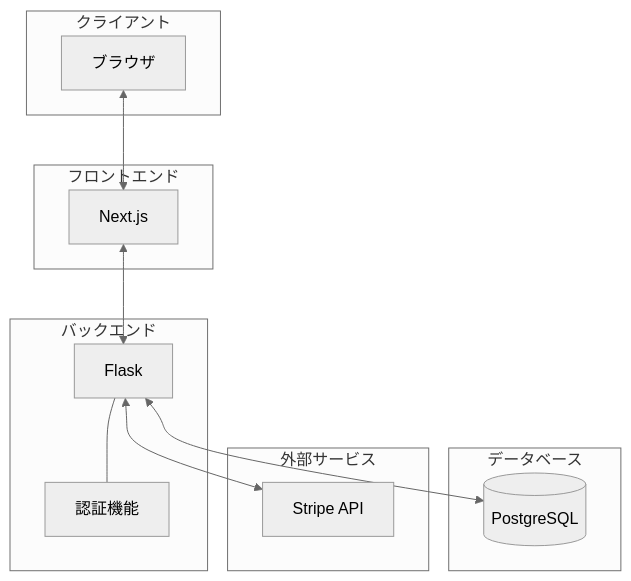
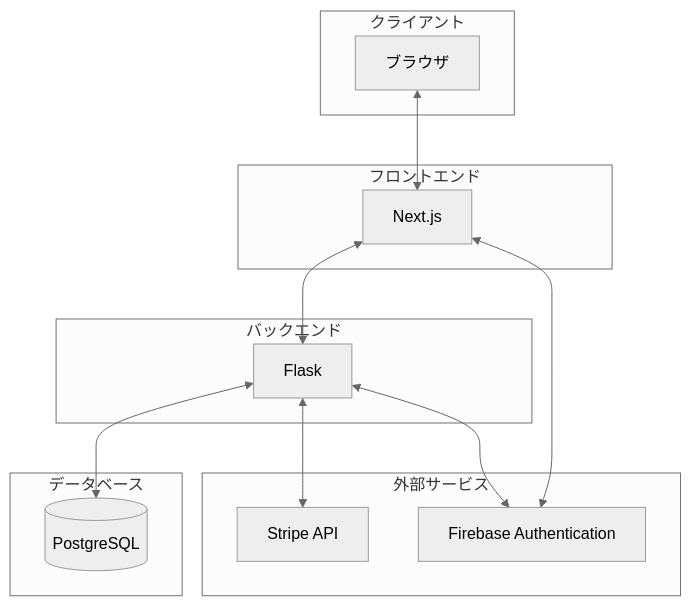
One commit to Yuka-Matsumoto/NENRIN changed the diagram in doc/アーキテクチャ図.md. Above: the diagram before and after it, drawn with Mermaid (neutral theme). The commit also changed other lines of this file, not shown here.

Commit message:
📝Update architecture diagram in the doc folder

````diff
--- a/doc/アーキテクチャ図.md
+++ b/doc/アーキテクチャ図.md
@@ -3,31 +3,32 @@
 ```mermaid
 
 graph TB
     subgraph "クライアント"
         A[ブラウザ]
     end
 
     subgraph "フロントエンド"
         B[Next.js]
     end
 
     subgraph "バックエンド"
         C[Flask]
-        D[認証機能]
     end
 
     subgraph "データベース"
         E[(PostgreSQL)]
     end
 
     subgraph "外部サービス"
         F[Stripe API]
+        G[Firebase Authentication]
     end
 
     A <--> B
     B <--> C
-    C --- D
+    B <--> G
     C <--> E
     C <--> F
+    C <--> G
 
 ```
````
